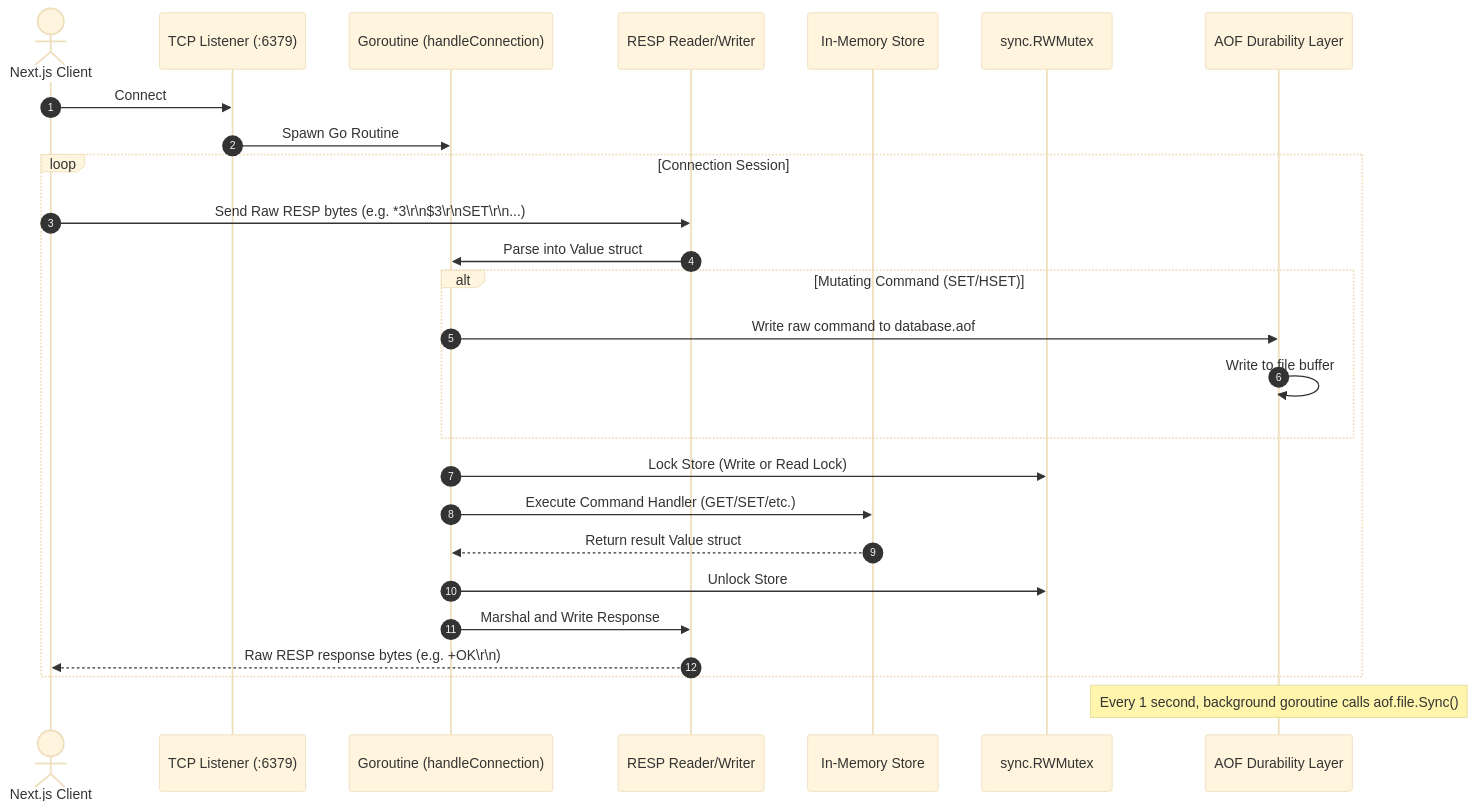
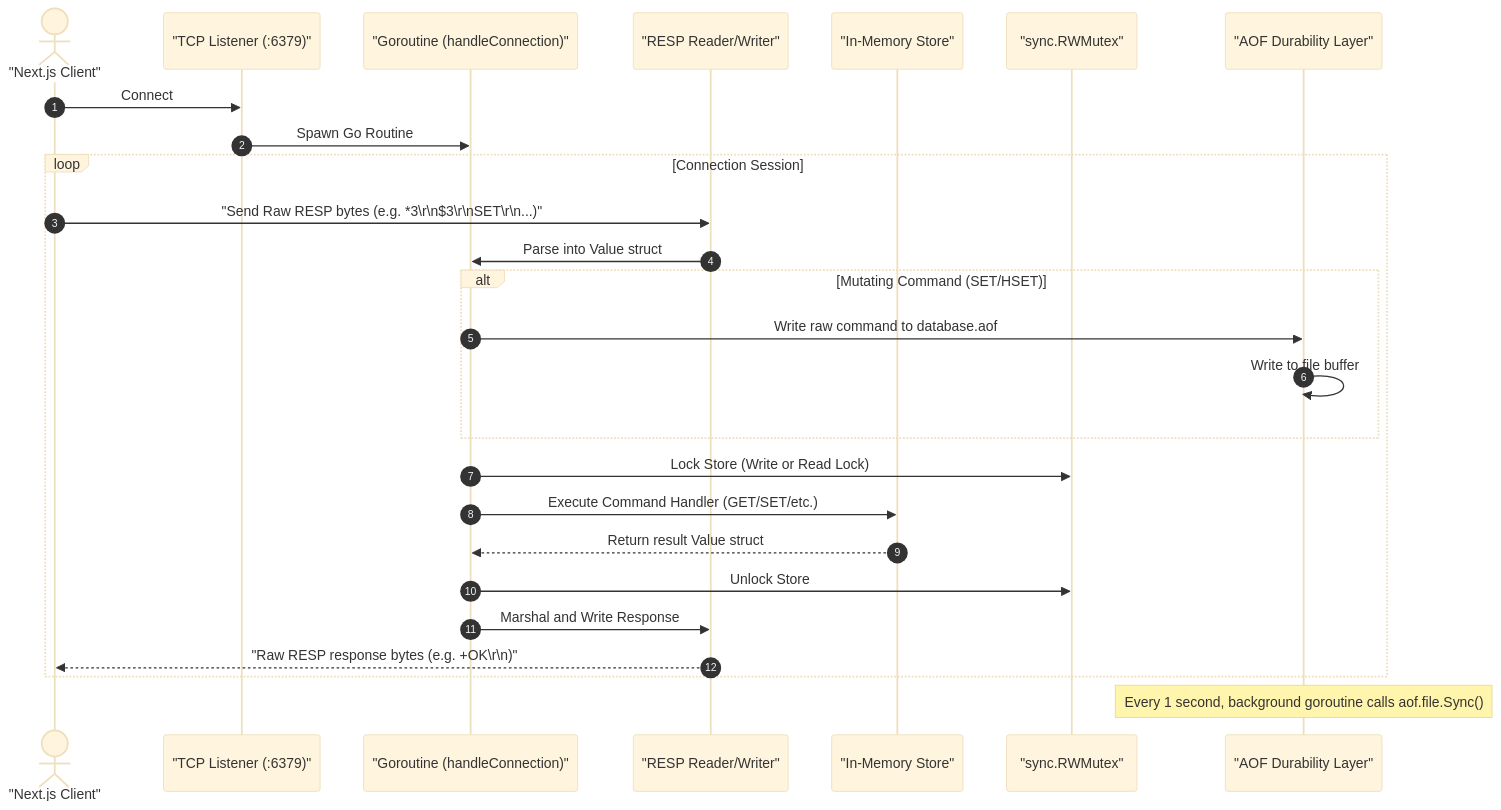
One commit to bhikrant7/Redi-Go changed the second of 2 diagrams in README.md. Above: the diagram before and after it, drawn with Mermaid (base theme). The commit also changed other lines of this file, not shown here.

Commit message:
Fix on readme

````diff
--- a/README.md
+++ b/README.md
@@ -94,29 +94,29 @@
 ```mermaid
 sequenceDiagram
     autonumber
-    actor Client as Next.js Client
-    participant Listener as TCP Listener (:6379)
-    participant Worker as Goroutine (handleConnection)
-    participant RESP as RESP Reader/Writer
-    participant Store as In-Memory Store
-    participant Mutex as sync.RWMutex
-    participant AOF as AOF Durability Layer
+    actor Client as "Next.js Client"
+    participant Listener as "TCP Listener (:6379)"
+    participant Worker as "Goroutine (handleConnection)"
+    participant RESP as "RESP Reader/Writer"
+    participant Store as "In-Memory Store"
+    participant Mutex as "sync.RWMutex"
+    participant AOF as "AOF Durability Layer"
 
     Client->>Listener: Connect
     Listener->>Worker: Spawn Go Routine
     loop Connection Session
-        Client->>RESP: Send Raw RESP bytes (e.g. *3\r\n$3\r\nSET\r\n...)
+        Client->>RESP: "Send Raw RESP bytes (e.g. *3\r\n$3\r\nSET\r\n...)"
         RESP->>Worker: Parse into Value struct
         alt Mutating Command (SET/HSET)
             Worker->>AOF: Write raw command to database.aof
             AOF->>AOF: Write to file buffer
         end
         Worker->>Mutex: Lock Store (Write or Read Lock)
         Worker->>Store: Execute Command Handler (GET/SET/etc.)
         Store-->>Worker: Return result Value struct
         Worker->>Mutex: Unlock Store
         Worker->>RESP: Marshal and Write Response
-        RESP-->>Client: Raw RESP response bytes (e.g. +OK\r\n)
+        RESP-->>Client: "Raw RESP response bytes (e.g. +OK\r\n)"
     end
     Note over AOF: Every 1 second, background goroutine calls aof.file.Sync()
 ```
````
